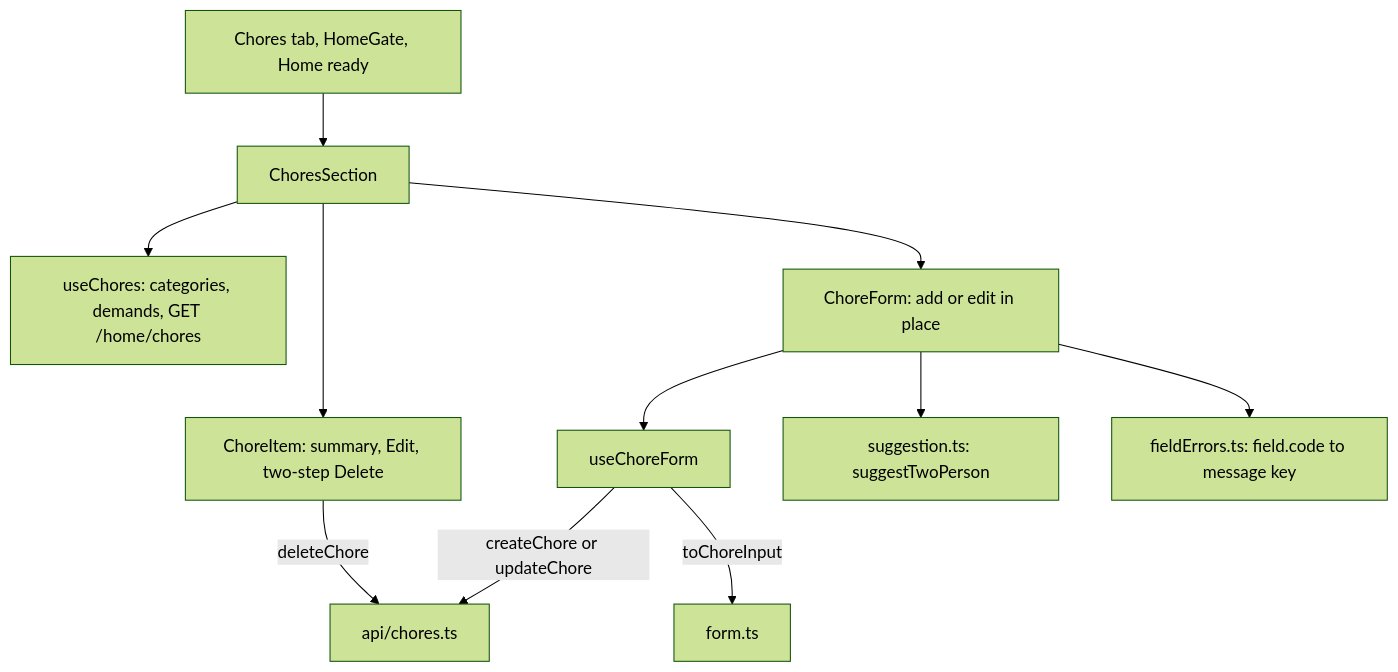
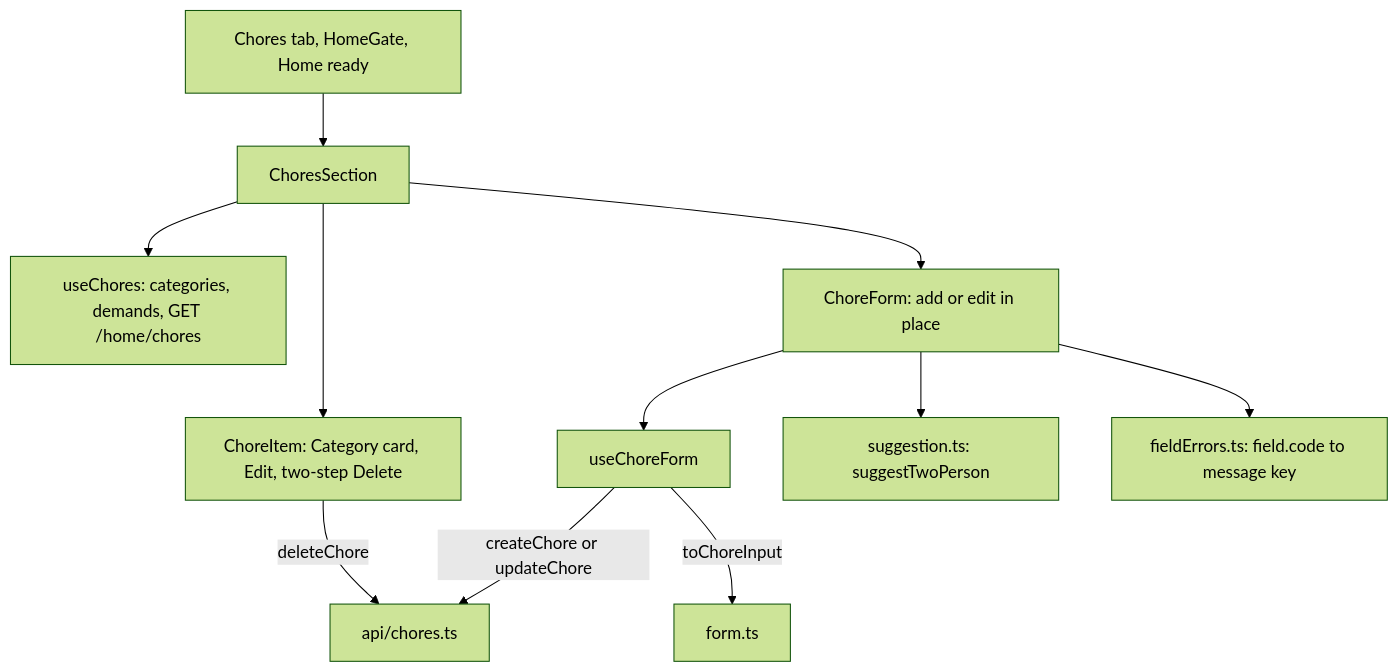
One commit to AbnerWillclefy/Homeowner changed the seventh of 10 diagrams in docs/architecture/web.md. Above: the diagram before and after it, drawn with Mermaid (forest theme). The commit also changed other lines of this file and 5 other files, not shown here.

````diff
--- a/docs/architecture/web.md
+++ b/docs/architecture/web.md
@@ -286,13 +286,13 @@
 ```mermaid
 flowchart TD
     HS[Chores tab, HomeGate, Home ready] --> CS[ChoresSection]
     CS --> UC[useChores: categories, demands, GET /home/chores]
-    CS --> ITEM[ChoreItem: summary, Edit, two-step Delete]
+    CS --> ITEM[ChoreItem: Category card, Edit, two-step Delete]
     CS --> FORM[ChoreForm: add or edit in place]
     ITEM -->|deleteChore| API[api/chores.ts]
     FORM --> UF[useChoreForm]
     UF -->|toChoreInput| MAP[form.ts]
     UF -->|createChore or updateChore| API
     FORM --> SUG[suggestion.ts: suggestTwoPerson]
     FORM --> FE[fieldErrors.ts: field.code to message key]
 ```
````
